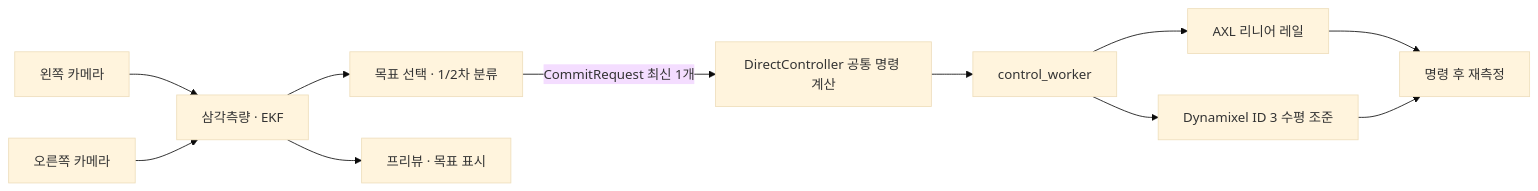
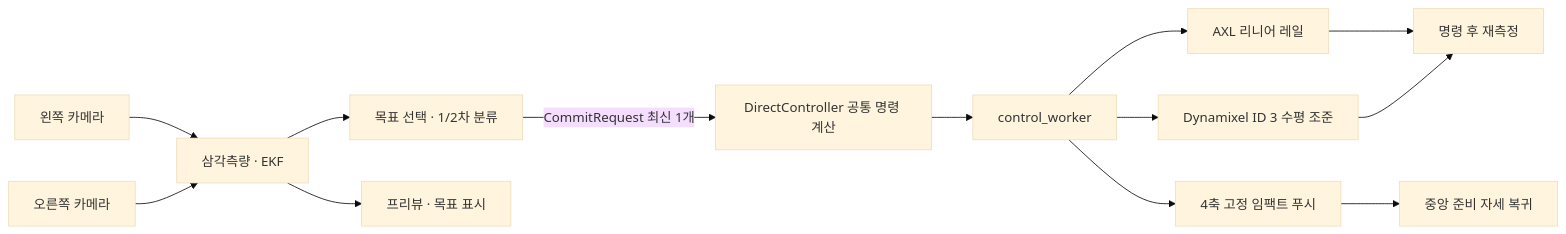
The diagram in src/real/README.md (luv-all/pingpong-bot), drawn with Mermaid (base theme) before and after one commit. The commit also changed other lines of this file and 9 other files, not shown here.

````diff
--- a/src/real/README.md
+++ b/src/real/README.md
@@ -23,13 +23,15 @@
 ```mermaid
 flowchart LR
     camL["왼쪽 카메라"] --> est["삼각측량 · EKF"]
     camR["오른쪽 카메라"] --> est
     est --> stage["목표 선택 · 1/2차 분류"]
     stage -->|"CommitRequest 최신 1개"| shared["DirectController 공통 명령 계산"]
     shared --> ctl["control_worker"]
     ctl --> rail["AXL 리니어 레일"]
     ctl --> aim["Dynamixel ID 3 수평 조준"]
+    ctl --> impact["4축 고정 임팩트 푸시"]
     rail --> readback["명령 후 재측정"]
     aim --> readback
+    impact --> home["중앙 준비 자세 복귀"]
     est --> preview["프리뷰 · 목표 표시"]
 ```
````
